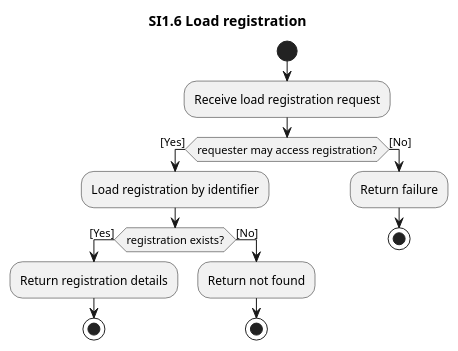
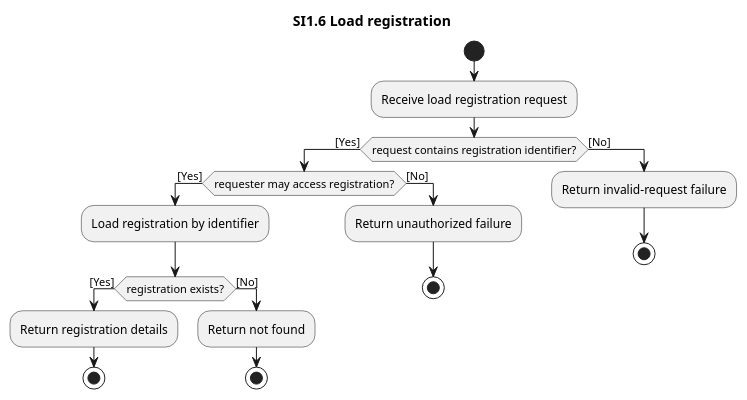
One commit to ottolote/fixme changed the diagram in docs/business/system-interactions/diagrams/si1.6-load-registration.pu. Above: the diagram before and after it, drawn with PlantUML. The commit also changed 33 other files, not shown here.

Commit message:
add all conditionals etc to system interaction diagrams

```diff
--- a/docs/business/system-interactions/diagrams/si1.6-load-registration.pu
+++ b/docs/business/system-interactions/diagrams/si1.6-load-registration.pu
@@ -1,22 +1,27 @@
 @startuml si1.6-load-registration
 title SI1.6 Load registration
 
 start
 :Receive load registration request;
 
-if (requester may access registration?) then ([Yes])
-  :Load registration by identifier;
+if (request contains registration identifier?) then ([Yes])
+  if (requester may access registration?) then ([Yes])
+    :Load registration by identifier;
 
-  if (registration exists?) then ([Yes])
-    :Return registration details;
-    stop
+    if (registration exists?) then ([Yes])
+      :Return registration details;
+      stop
+    else ([No])
+      :Return not found;
+      stop
+    endif
   else ([No])
-    :Return not found;
+    :Return unauthorized failure;
     stop
   endif
 else ([No])
-  :Return failure;
+  :Return invalid-request failure;
   stop
 endif
 
 @enduml
```
